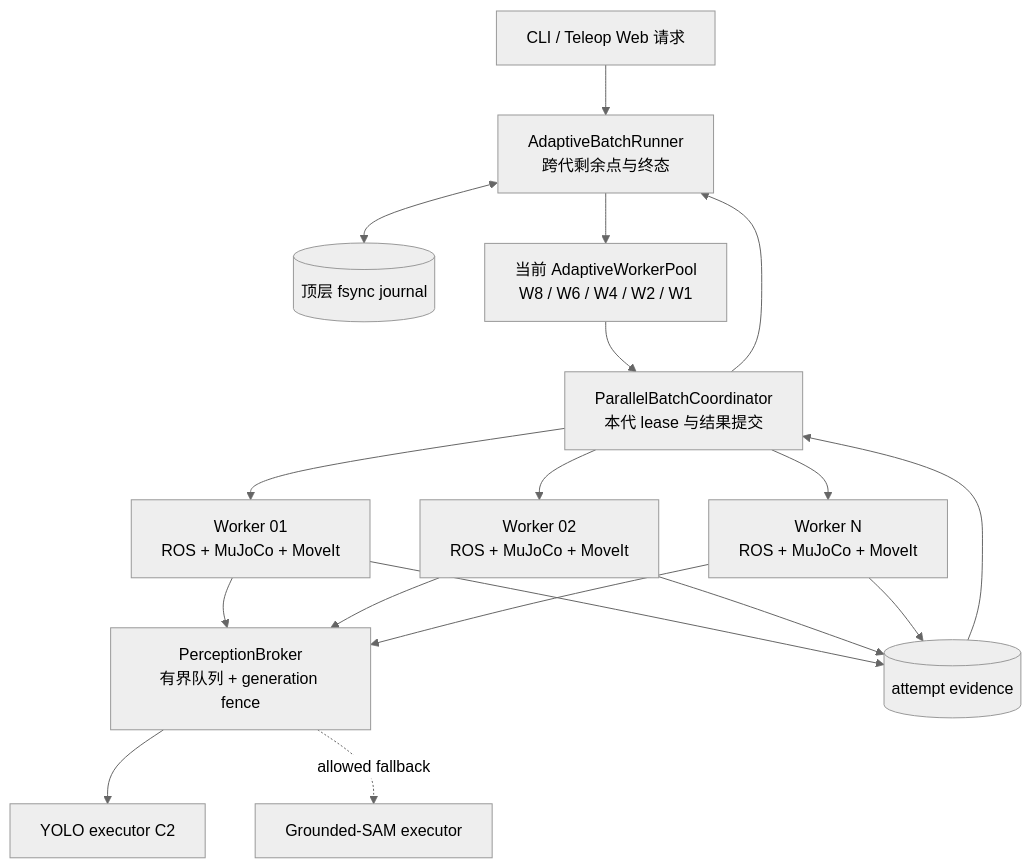
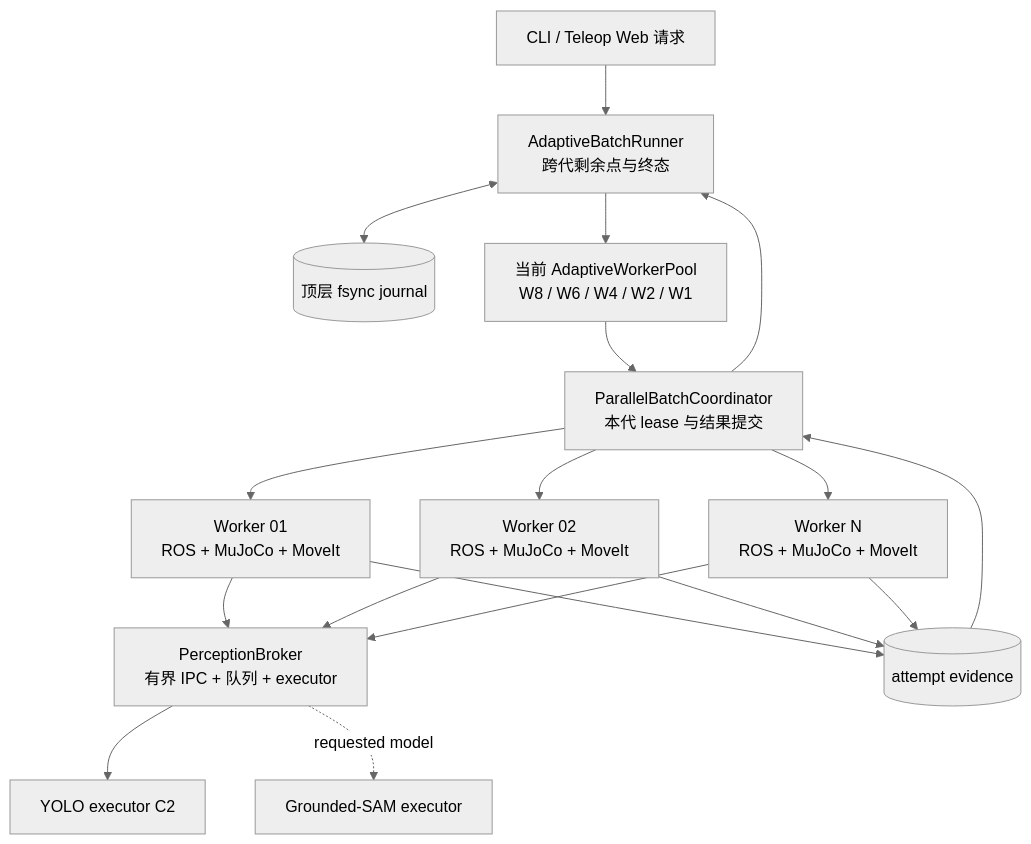
The diagram in docs/guides/so101-parallel-adaptive-worker-pool-source-guide.md (terryma2024/ros-moveit-demo), drawn with Mermaid (neutral theme) before and after one commit. The commit also changed other lines of this file, not shown here.

Commit message:
docs: align guide with stateless perception broker

````diff
--- a/docs/guides/so101-parallel-adaptive-worker-pool-source-guide.md
+++ b/docs/guides/so101-parallel-adaptive-worker-pool-source-guide.md
@@ -63,30 +63,30 @@
 ```mermaid
 flowchart TB
   USER[CLI / Teleop Web 请求]
   RUNNER["AdaptiveBatchRunner<br/>跨代剩余点与终态"]
   JOURNAL[(顶层 fsync journal)]
   POOL["当前 AdaptiveWorkerPool<br/>W8 / W6 / W4 / W2 / W1"]
   COORD["ParallelBatchCoordinator<br/>本代 lease 与结果提交"]
-  BROKER["PerceptionBroker<br/>有界队列 + generation fence"]
+  BROKER["PerceptionBroker<br/>有界 IPC + 队列 + executor"]
   YOLO[YOLO executor C2]
   GSAM[Grounded-SAM executor]
   EVID[(attempt evidence)]
 
   USER --> RUNNER
   RUNNER <--> JOURNAL
   RUNNER --> POOL
   POOL --> COORD
   COORD --> W1["Worker 01<br/>ROS + MuJoCo + MoveIt"]
   COORD --> W2["Worker 02<br/>ROS + MuJoCo + MoveIt"]
   COORD --> WN["Worker N<br/>ROS + MuJoCo + MoveIt"]
   W1 --> BROKER
   W2 --> BROKER
   WN --> BROKER
   BROKER --> YOLO
-  BROKER -. allowed fallback .-> GSAM
+  BROKER -. requested model .-> GSAM
   W1 --> EVID
   W2 --> EVID
   WN --> EVID
   EVID --> COORD
   COORD --> RUNNER
 ```
````
